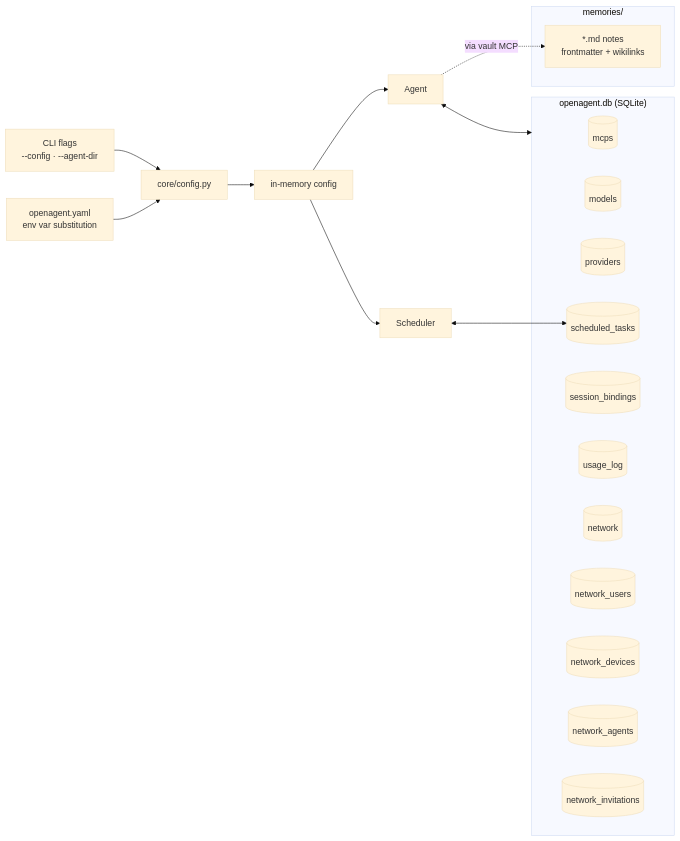
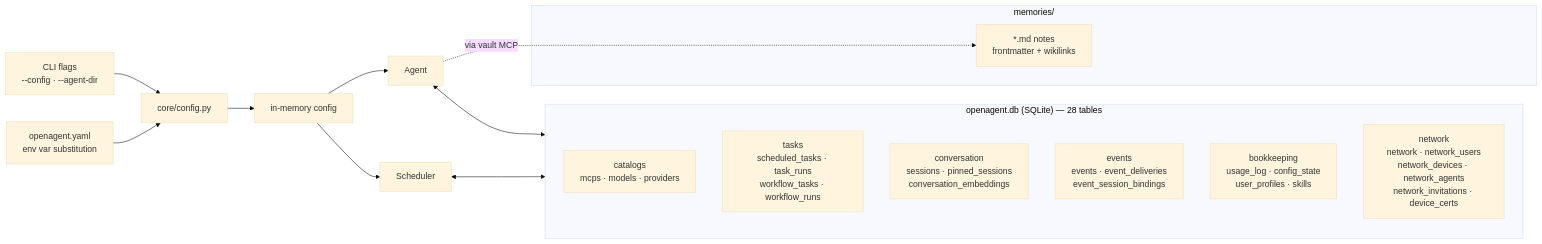
The ninth of 9 diagrams in guide/architecture.md (openagent-uno/openagent-docs), drawn with Mermaid (base theme) before and after one commit. The commit also changed other lines of this file and 6 other files, not shown here.

````diff
--- a/guide/architecture.md
+++ b/guide/architecture.md
@@ -348,32 +427,28 @@
 ```mermaid
 flowchart LR
     Flags["CLI flags<br/>--config · --agent-dir"] --> Loader
     YAML["openagent.yaml<br/>env var substitution"] --> Loader
     Loader["core/config.py"] --> Cfg["in-memory config"]
 
     Cfg --> Agent
     Cfg --> Sched[Scheduler]
 
-    subgraph Runtime["openagent.db (SQLite)"]
-        T1[(mcps)]
-        T2[(models)]
-        T3[(providers)]
-        T4[(scheduled_tasks)]
-        T5[(session_bindings)]
-        T6[(usage_log)]
-        T7[(network)]
-        T8[(network_users)]
-        T9[(network_devices)]
-        T10[(network_agents)]
-        T11[(network_invitations)]
+    subgraph Runtime["openagent.db (SQLite) — 28 tables"]
+        direction TB
+        Cat["catalogs<br/>mcps · models · providers"]
+        Tasks["tasks<br/>scheduled_tasks · task_runs<br/>workflow_tasks · workflow_runs"]
+        Conv["conversation<br/>sessions · pinned_sessions<br/>conversation_embeddings"]
+        Ev["events<br/>events · event_deliveries<br/>event_session_bindings"]
+        Book["bookkeeping<br/>usage_log · config_state<br/>user_profiles · skills"]
+        Net["network<br/>network · network_users<br/>network_devices · network_agents<br/>network_invitations · device_certs"]
     end
 
     Agent <--> Runtime
-    Sched <--> T4
+    Sched <--> Tasks
 
     subgraph Vault["memories/"]
         MD["*.md notes<br/>frontmatter + wikilinks"]
     end
 
     Agent -. via vault MCP .-> MD
 ```
````
